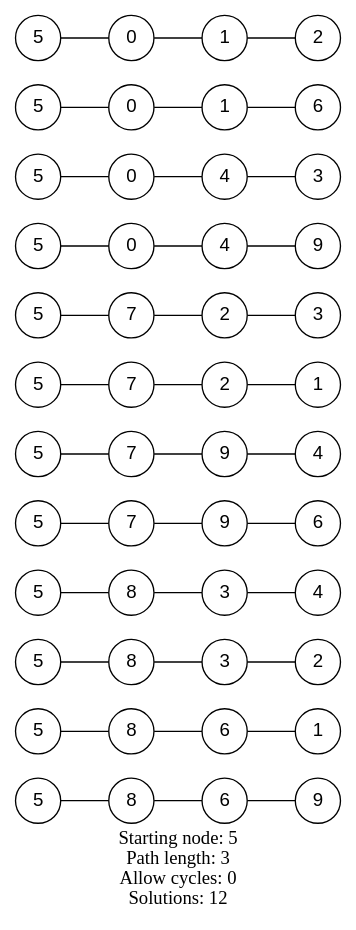
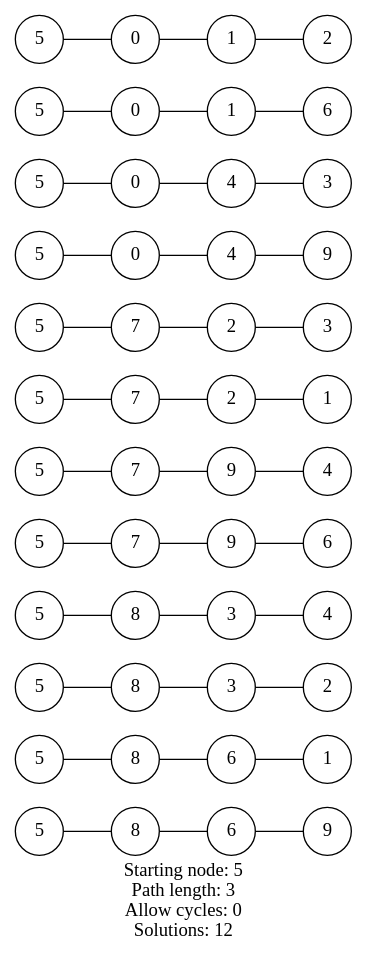
One commit to graphviz-perl/GraphViz2-Marpa-PathUtils changed the diagram in data/02.fixed.paths.out.gv. Above: the diagram before and after it, drawn with Graphviz. The commit also changed 3 other files, not shown here.

```diff
--- a/data/02.fixed.paths.out.gv
+++ b/data/02.fixed.paths.out.gv
@@ -1,65 +1,65 @@
 graph Petersen
 {
 	graph [label = "Starting node: 5\nPath length: 3\nAllow cycles: 0\nSolutions: 12" rankdir = LR]
 
-	"1" [color = "black" fontname = "Arial" height = "0.400000" label = "5" name = "1" shape = "circle" width = "0.400000"]
-	"2" [color = "black" fontname = "Arial" height = "0.400000" label = "8" name = "2" shape = "circle" width = "0.400000"]
-	"3" [color = "black" fontname = "Arial" height = "0.400000" label = "6" name = "3" shape = "circle" width = "0.400000"]
-	"4" [color = "black" fontname = "Arial" height = "0.400000" label = "9" name = "4" shape = "circle" width = "0.400000"]
-	"5" [color = "black" fontname = "Arial" height = "0.400000" label = "5" name = "5" shape = "circle" width = "0.400000"]
-	"6" [color = "black" fontname = "Arial" height = "0.400000" label = "8" name = "6" shape = "circle" width = "0.400000"]
-	"7" [color = "black" fontname = "Arial" height = "0.400000" label = "6" name = "7" shape = "circle" width = "0.400000"]
-	"8" [color = "black" fontname = "Arial" height = "0.400000" label = "1" name = "8" shape = "circle" width = "0.400000"]
-	"9" [color = "black" fontname = "Arial" height = "0.400000" label = "5" name = "9" shape = "circle" width = "0.400000"]
-	"10" [color = "black" fontname = "Arial" height = "0.400000" label = "8" name = "10" shape = "circle" width = "0.400000"]
-	"11" [color = "black" fontname = "Arial" height = "0.400000" label = "3" name = "11" shape = "circle" width = "0.400000"]
-	"12" [color = "black" fontname = "Arial" height = "0.400000" label = "2" name = "12" shape = "circle" width = "0.400000"]
-	"13" [color = "black" fontname = "Arial" height = "0.400000" label = "5" name = "13" shape = "circle" width = "0.400000"]
-	"14" [color = "black" fontname = "Arial" height = "0.400000" label = "8" name = "14" shape = "circle" width = "0.400000"]
-	"15" [color = "black" fontname = "Arial" height = "0.400000" label = "3" name = "15" shape = "circle" width = "0.400000"]
-	"16" [color = "black" fontname = "Arial" height = "0.400000" label = "4" name = "16" shape = "circle" width = "0.400000"]
-	"17" [color = "black" fontname = "Arial" height = "0.400000" label = "5" name = "17" shape = "circle" width = "0.400000"]
-	"18" [color = "black" fontname = "Arial" height = "0.400000" label = "7" name = "18" shape = "circle" width = "0.400000"]
-	"19" [color = "black" fontname = "Arial" height = "0.400000" label = "9" name = "19" shape = "circle" width = "0.400000"]
-	"20" [color = "black" fontname = "Arial" height = "0.400000" label = "6" name = "20" shape = "circle" width = "0.400000"]
-	"21" [color = "black" fontname = "Arial" height = "0.400000" label = "5" name = "21" shape = "circle" width = "0.400000"]
-	"22" [color = "black" fontname = "Arial" height = "0.400000" label = "7" name = "22" shape = "circle" width = "0.400000"]
-	"23" [color = "black" fontname = "Arial" height = "0.400000" label = "9" name = "23" shape = "circle" width = "0.400000"]
-	"24" [color = "black" fontname = "Arial" height = "0.400000" label = "4" name = "24" shape = "circle" width = "0.400000"]
-	"25" [color = "black" fontname = "Arial" height = "0.400000" label = "5" name = "25" shape = "circle" width = "0.400000"]
-	"26" [color = "black" fontname = "Arial" height = "0.400000" label = "7" name = "26" shape = "circle" width = "0.400000"]
-	"27" [color = "black" fontname = "Arial" height = "0.400000" label = "2" name = "27" shape = "circle" width = "0.400000"]
-	"28" [color = "black" fontname = "Arial" height = "0.400000" label = "1" name = "28" shape = "circle" width = "0.400000"]
-	"29" [color = "black" fontname = "Arial" height = "0.400000" label = "5" name = "29" shape = "circle" width = "0.400000"]
-	"30" [color = "black" fontname = "Arial" height = "0.400000" label = "7" name = "30" shape = "circle" width = "0.400000"]
-	"31" [color = "black" fontname = "Arial" height = "0.400000" label = "2" name = "31" shape = "circle" width = "0.400000"]
-	"32" [color = "black" fontname = "Arial" height = "0.400000" label = "3" name = "32" shape = "circle" width = "0.400000"]
-	"33" [color = "black" fontname = "Arial" height = "0.400000" label = "5" name = "33" shape = "circle" width = "0.400000"]
-	"34" [color = "black" fontname = "Arial" height = "0.400000" label = "0" name = "34" shape = "circle" width = "0.400000"]
-	"35" [color = "black" fontname = "Arial" height = "0.400000" label = "4" name = "35" shape = "circle" width = "0.400000"]
-	"36" [color = "black" fontname = "Arial" height = "0.400000" label = "9" name = "36" shape = "circle" width = "0.400000"]
-	"37" [color = "black" fontname = "Arial" height = "0.400000" label = "5" name = "37" shape = "circle" width = "0.400000"]
-	"38" [color = "black" fontname = "Arial" height = "0.400000" label = "0" name = "38" shape = "circle" width = "0.400000"]
-	"39" [color = "black" fontname = "Arial" height = "0.400000" label = "4" name = "39" shape = "circle" width = "0.400000"]
-	"40" [color = "black" fontname = "Arial" height = "0.400000" label = "3" name = "40" shape = "circle" width = "0.400000"]
-	"41" [color = "black" fontname = "Arial" height = "0.400000" label = "5" name = "41" shape = "circle" width = "0.400000"]
-	"42" [color = "black" fontname = "Arial" height = "0.400000" label = "0" name = "42" shape = "circle" width = "0.400000"]
-	"43" [color = "black" fontname = "Arial" height = "0.400000" label = "1" name = "43" shape = "circle" width = "0.400000"]
-	"44" [color = "black" fontname = "Arial" height = "0.400000" label = "6" name = "44" shape = "circle" width = "0.400000"]
-	"45" [color = "black" fontname = "Arial" height = "0.400000" label = "5" name = "45" shape = "circle" width = "0.400000"]
-	"46" [color = "black" fontname = "Arial" height = "0.400000" label = "0" name = "46" shape = "circle" width = "0.400000"]
-	"47" [color = "black" fontname = "Arial" height = "0.400000" label = "1" name = "47" shape = "circle" width = "0.400000"]
-	"48" [color = "black" fontname = "Arial" height = "0.400000" label = "2" name = "48" shape = "circle" width = "0.400000"]
+	"1" [color = "black" label = "5" name = "1" shape = "circle"]
+	"2" [color = "black" label = "8" name = "2" shape = "circle"]
+	"3" [color = "black" label = "6" name = "3" shape = "circle"]
+	"4" [color = "black" label = "9" name = "4" shape = "circle"]
+	"5" [color = "black" label = "5" name = "5" shape = "circle"]
+	"6" [color = "black" label = "8" name = "6" shape = "circle"]
+	"7" [color = "black" label = "6" name = "7" shape = "circle"]
+	"8" [color = "black" label = "1" name = "8" shape = "circle"]
+	"9" [color = "black" label = "5" name = "9" shape = "circle"]
+	"10" [color = "black" label = "8" name = "10" shape = "circle"]
+	"11" [color = "black" label = "3" name = "11" shape = "circle"]
+	"12" [color = "black" label = "2" name = "12" shape = "circle"]
+	"13" [color = "black" label = "5" name = "13" shape = "circle"]
+	"14" [color = "black" label = "8" name = "14" shape = "circle"]
+	"15" [color = "black" label = "3" name = "15" shape = "circle"]
+	"16" [color = "black" label = "4" name = "16" shape = "circle"]
+	"17" [color = "black" label = "5" name = "17" shape = "circle"]
+	"18" [color = "black" label = "7" name = "18" shape = "circle"]
+	"19" [color = "black" label = "9" name = "19" shape = "circle"]
+	"20" [color = "black" label = "6" name = "20" shape = "circle"]
+	"21" [color = "black" label = "5" name = "21" shape = "circle"]
+	"22" [color = "black" label = "7" name = "22" shape = "circle"]
+	"23" [color = "black" label = "9" name = "23" shape = "circle"]
+	"24" [color = "black" label = "4" name = "24" shape = "circle"]
+	"25" [color = "black" label = "5" name = "25" shape = "circle"]
+	"26" [color = "black" label = "7" name = "26" shape = "circle"]
+	"27" [color = "black" label = "2" name = "27" shape = "circle"]
+	"28" [color = "black" label = "1" name = "28" shape = "circle"]
+	"29" [color = "black" label = "5" name = "29" shape = "circle"]
+	"30" [color = "black" label = "7" name = "30" shape = "circle"]
+	"31" [color = "black" label = "2" name = "31" shape = "circle"]
+	"32" [color = "black" label = "3" name = "32" shape = "circle"]
+	"33" [color = "black" label = "5" name = "33" shape = "circle"]
+	"34" [color = "black" label = "0" name = "34" shape = "circle"]
+	"35" [color = "black" label = "4" name = "35" shape = "circle"]
+	"36" [color = "black" label = "9" name = "36" shape = "circle"]
+	"37" [color = "black" label = "5" name = "37" shape = "circle"]
+	"38" [color = "black" label = "0" name = "38" shape = "circle"]
+	"39" [color = "black" label = "4" name = "39" shape = "circle"]
+	"40" [color = "black" label = "3" name = "40" shape = "circle"]
+	"41" [color = "black" label = "5" name = "41" shape = "circle"]
+	"42" [color = "black" label = "0" name = "42" shape = "circle"]
+	"43" [color = "black" label = "1" name = "43" shape = "circle"]
+	"44" [color = "black" label = "6" name = "44" shape = "circle"]
+	"45" [color = "black" label = "5" name = "45" shape = "circle"]
+	"46" [color = "black" label = "0" name = "46" shape = "circle"]
+	"47" [color = "black" label = "1" name = "47" shape = "circle"]
+	"48" [color = "black" label = "2" name = "48" shape = "circle"]
 	"1" -- "2" -- "3" -- "4";
 	"5" -- "6" -- "7" -- "8";
 	"9" -- "10" -- "11" -- "12";
 	"13" -- "14" -- "15" -- "16";
 	"17" -- "18" -- "19" -- "20";
 	"21" -- "22" -- "23" -- "24";
 	"25" -- "26" -- "27" -- "28";
 	"29" -- "30" -- "31" -- "32";
 	"33" -- "34" -- "35" -- "36";
 	"37" -- "38" -- "39" -- "40";
 	"41" -- "42" -- "43" -- "44";
 	"45" -- "46" -- "47" -- "48";
 }
```
